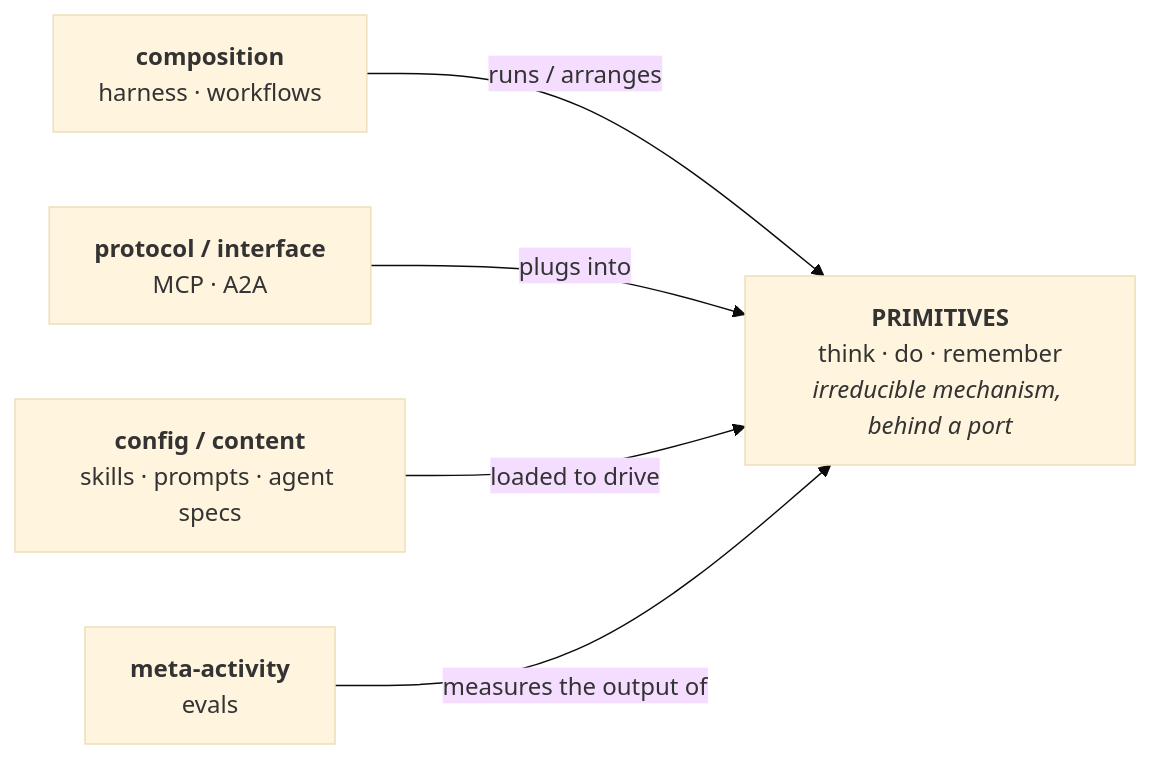
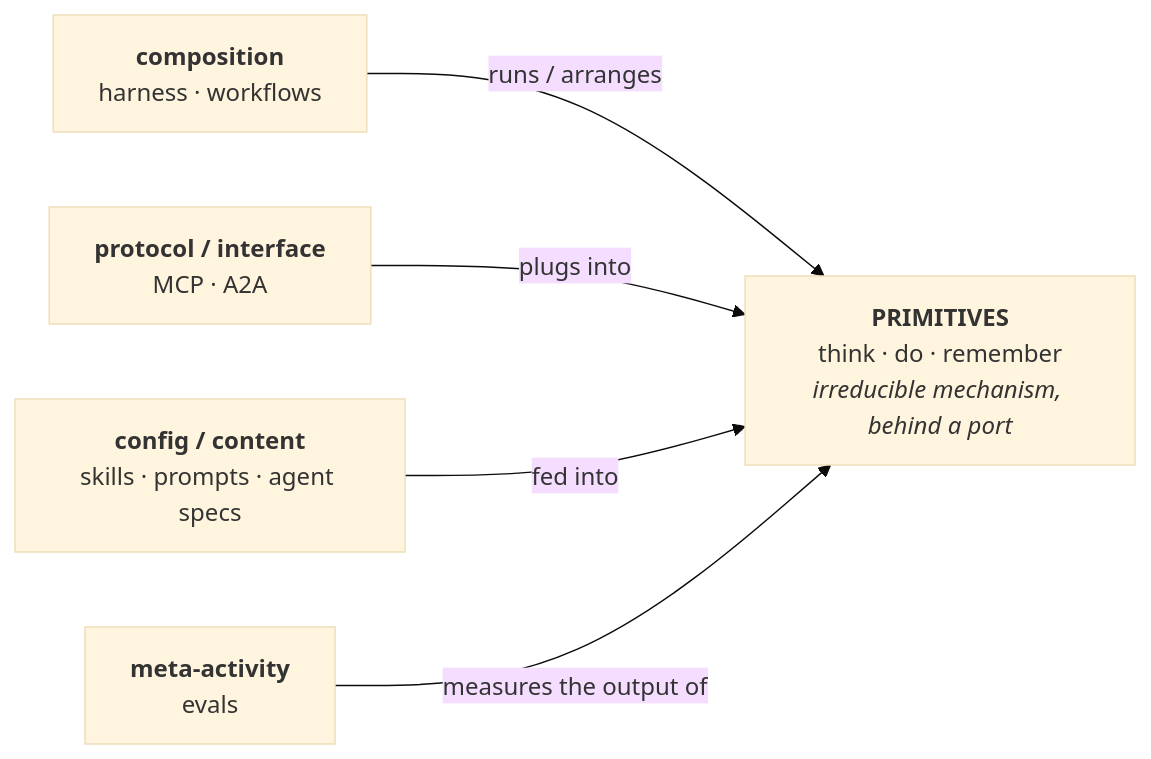
Diagram 15 of 15 in docs/stack-slides.md (tilsley/creance), drawn with Mermaid (base theme) before and after one commit. The commit also changed other lines of this file, not shown here.

First line of the commit message:
docs(slides): simpler 'primitive' wording, fix skill relationship (fed into, not made of), reasoning->prompts

````diff
--- a/docs/stack-slides.md
+++ b/docs/stack-slides.md
@@ -252,7 +252,7 @@
 ```mermaid
 flowchart LR
   COMP["<b>composition</b><br/>harness · workflows"] -->|"runs / arranges"| PRIM
   PROT["<b>protocol / interface</b><br/>MCP · A2A"] -->|"plugs into"| PRIM
-  CONF["<b>config / content</b><br/>skills · prompts · agent specs"] -->|"loaded to drive"| PRIM
+  CONF["<b>config / content</b><br/>skills · prompts · agent specs"] -->|"fed into"| PRIM
   META["<b>meta-activity</b><br/>evals"] -->|"measures the output of"| PRIM["<b>PRIMITIVES</b><br/>think · do · remember<br/><i>irreducible mechanism, behind a port</i>"]
 ```
````
